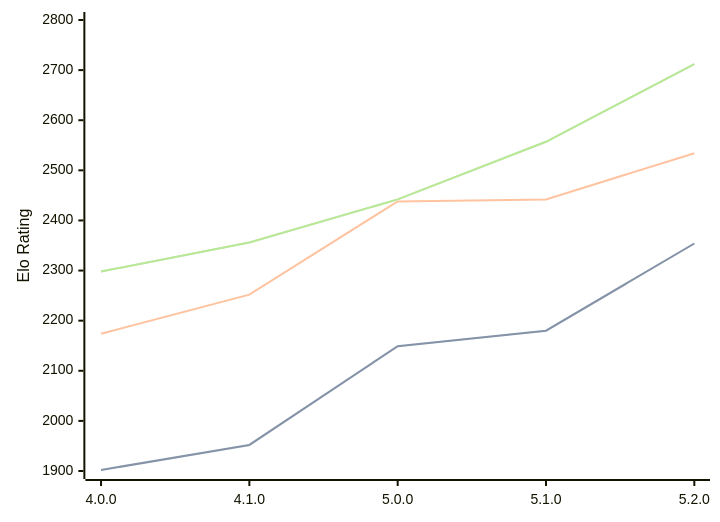
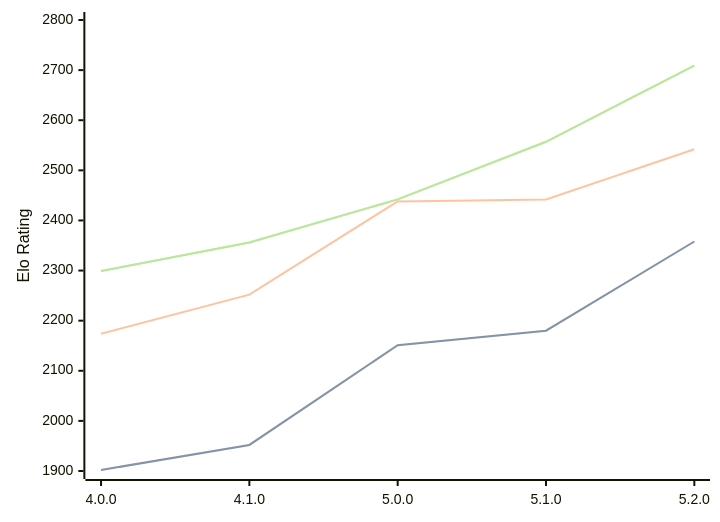
One commit to computer-chess-index/cci changed the first of 3 diagrams in engines/Aconcagua.md. Above: the diagram before and after it, drawn with Mermaid. The commit also changed other lines of this file, not shown here.

Commit message:
Update CCI Ratings (ELO VLTC) - 2026-06-15

````diff
--- a/engines/Aconcagua.md
+++ b/engines/Aconcagua.md
@@ -44,11 +44,11 @@
 ```mermaid
 %%{init: {"theme":"base","themeVariables":{"seriesColors:['#a3a3a3','#222221','#faa371']}}}%%
 xychart-beta
   x-axis ["4.0.0", "4.1.0", "5.0.0", "5.1.0", "5.2.0"]
   y-axis "Elo Rating" 1900 --> 2800
-  line "STC (8.0+0.08s)" [1902, 1952, 2149, 2180, 2354]
-  line "STC (8.0+0.08s)" [1902, 1952, 2149, 2180, 2354]
-  line "LTC (60.0+0.60s)" [2174, 2252, 2438, 2442, 2534]
-  line "VLTC (2m24s+1.12s)" [2298, 2356, 2442, 2557, 2712]
-  line "VLTC (2m24s+1.12s)" [2298, 2356, 2442, 2557, 2712]
+  line "STC (8.0+0.08s)" [1902, 1952, 2151, 2180, 2358]
+  line "STC (8.0+0.08s)" [1902, 1952, 2151, 2180, 2358]
+  line "LTC (60.0+0.60s)" [2174, 2252, 2438, 2442, 2542]
+  line "VLTC (2m24s+1.12s)" [2299, 2356, 2442, 2557, 2709]
+  line "VLTC (2m24s+1.12s)" [2299, 2356, 2442, 2557, 2709]
 ```
````
